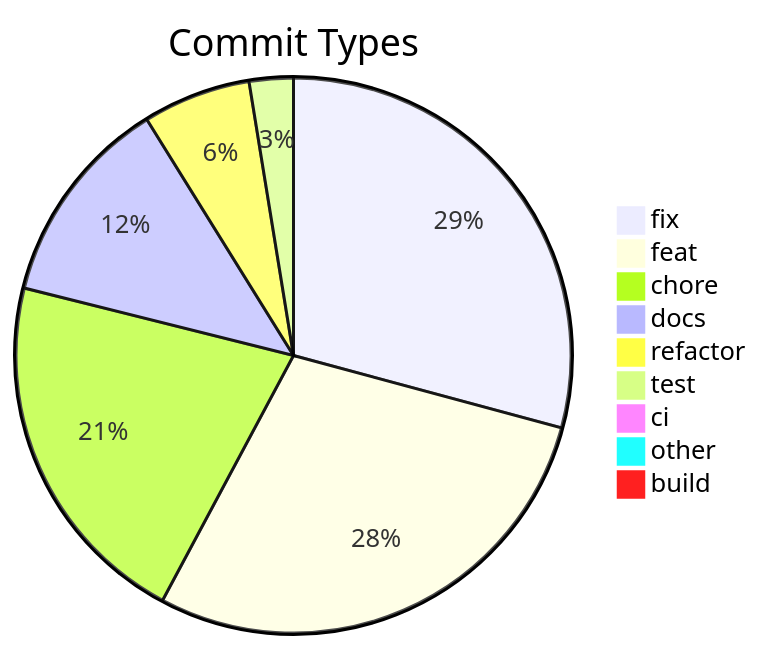
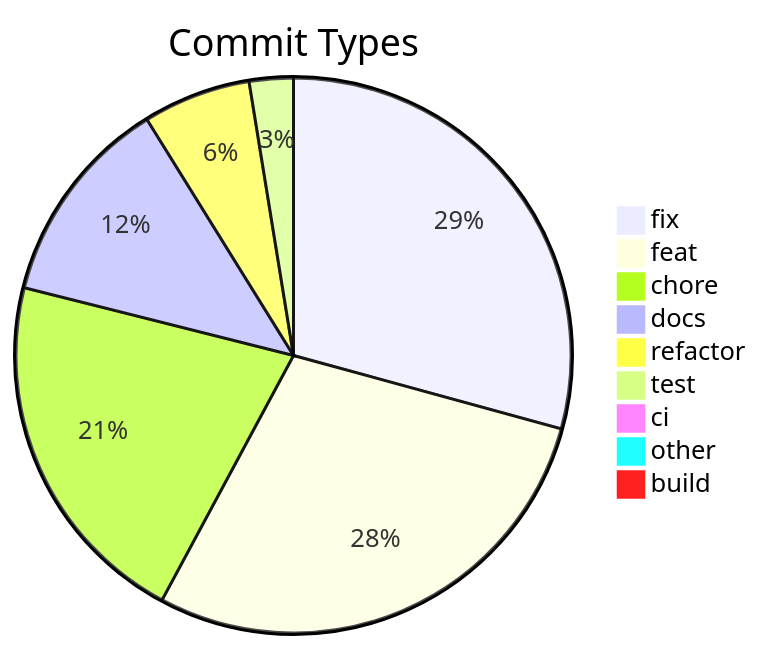
One commit to svenroth-ai/shipwright changed the diagram in .shipwright/compliance/change-history.md. Above: the diagram before and after it, drawn with Mermaid. The commit also changed other lines of this file and 29 other files, not shown here.

````diff
--- a/.shipwright/compliance/change-history.md
+++ b/.shipwright/compliance/change-history.md
@@ -10,12 +10,12 @@
 ```mermaid
 pie title Commit Types
-    "fix" : 353
+    "fix" : 354
     "feat" : 346
     "chore" : 255
     "docs" : 148
     "refactor" : 76
     "test" : 31
     "ci" : 11
     "other" : 9
     "build" : 1
 ```
````
